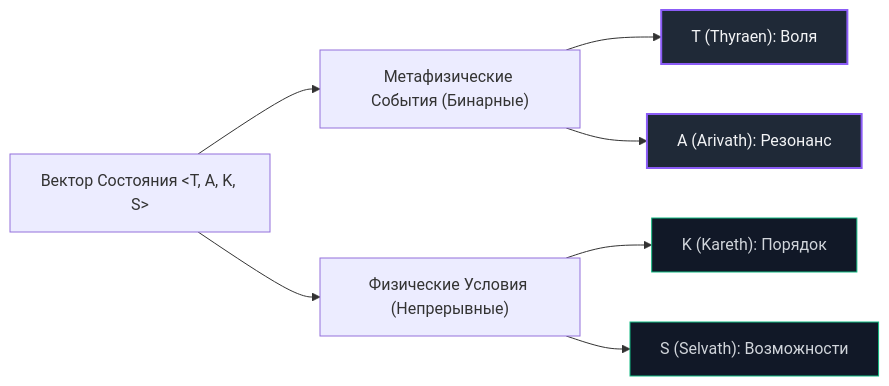
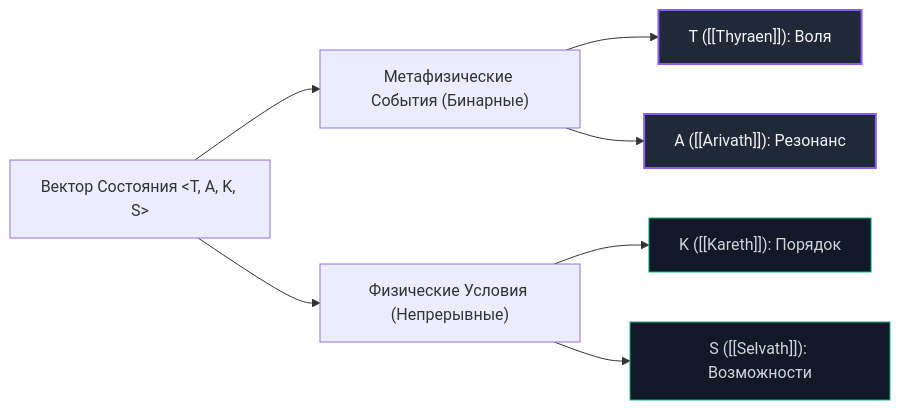
One commit to AEVYRA/books changed the diagram in the-feyra-formula/chapter-02.md. Above: the diagram before and after it, drawn with Mermaid. The commit also changed other lines of this file and 11 other files, not shown here.

````diff
--- a/the-feyra-formula/chapter-02.md
+++ b/the-feyra-formula/chapter-02.md
@@ -49,14 +49,14 @@
 ```mermaid
 graph LR
     classDef event fill:#1f2937,stroke:#8b5cf6,stroke-width:2px,color:#f3f4f6;
     classDef condition fill:#111827,stroke:#10b981,stroke-width:1px,color:#d1d5db;
     
     Vector["Вектор Состояния &lt;T, A, K, S&gt;"] --> Events["Метафизические События (Бинарные)"]
     Vector --> Conditions["Физические Условия (Непрерывные)"]
     
-    Events --> T["T (Thyraen): Воля"]:::event
-    Events --> A["A (Arivath): Резонанс"]:::event
+    Events --> T["T ([[Thyraen]]): Воля"]:::event
+    Events --> A["A ([[Arivath]]): Резонанс"]:::event
     
-    Conditions --> K["K (Kareth): Порядок"]:::condition
-    Conditions --> S["S (Selvath): Возможности"]:::condition
+    Conditions --> K["K ([[Kareth]]): Порядок"]:::condition
+    Conditions --> S["S ([[Selvath]]): Возможности"]:::condition
 ```
````
